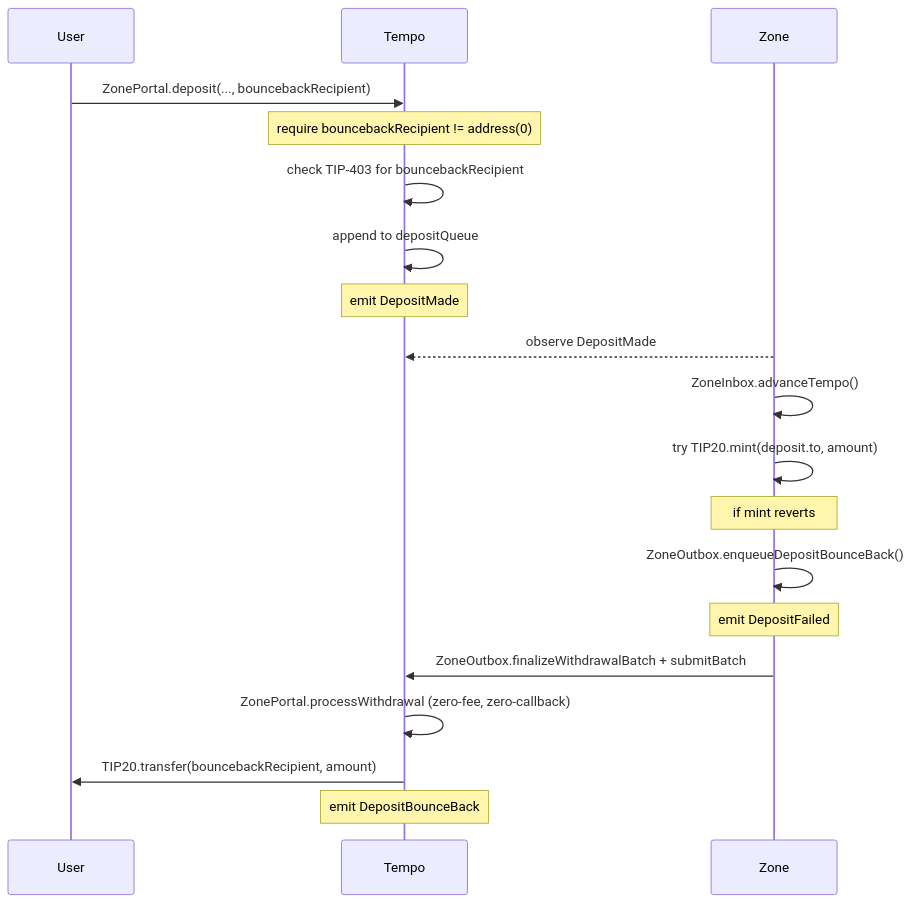
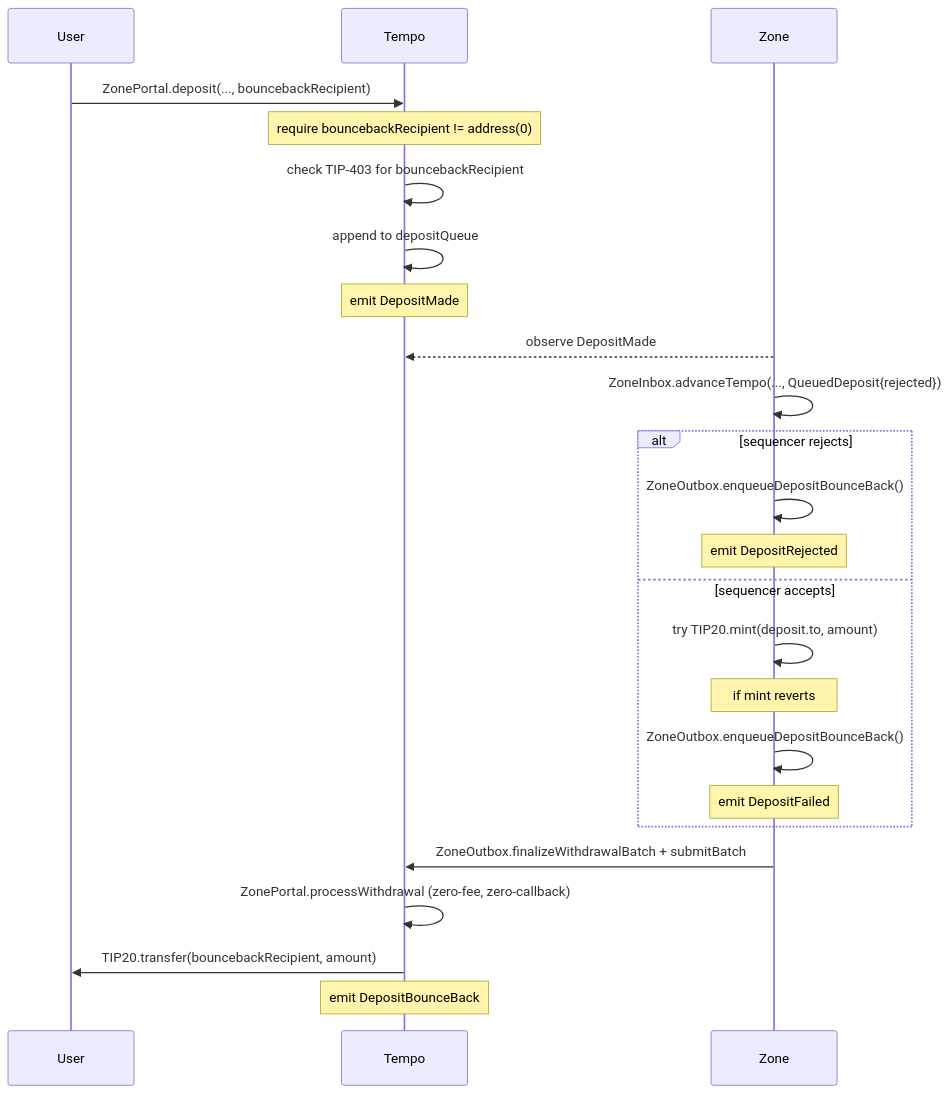
One commit to tempoxyz/zones changed the fourth of 5 diagrams in specs/spec.md. Above: the diagram before and after it, drawn with Mermaid. The commit also changed other lines of this file, not shown here.

First line of the commit message:
spec: add sequencer-side deposit rejection

````diff
--- a/specs/spec.md
+++ b/specs/spec.md
@@ -440,22 +455,27 @@
 ```mermaid
 sequenceDiagram
     participant U as User
     participant T as Tempo
     participant Z as Zone
 
     U->>T: ZonePortal.deposit(..., bouncebackRecipient)
     Note over T: require bouncebackRecipient != address(0)
     T->>T: check TIP-403 for bouncebackRecipient
     T->>T: append to depositQueue
     Note over T: emit DepositMade
     Z-->>T: observe DepositMade
-    Z->>Z: ZoneInbox.advanceTempo()
-    Z->>Z: try TIP20.mint(deposit.to, amount)
-    Note over Z: if mint reverts
-    Z->>Z: ZoneOutbox.enqueueDepositBounceBack()
-    Note over Z: emit DepositFailed
+    Z->>Z: ZoneInbox.advanceTempo(..., QueuedDeposit{rejected})
+    alt sequencer rejects
+        Z->>Z: ZoneOutbox.enqueueDepositBounceBack()
+        Note over Z: emit DepositRejected
+    else sequencer accepts
+        Z->>Z: try TIP20.mint(deposit.to, amount)
+        Note over Z: if mint reverts
+        Z->>Z: ZoneOutbox.enqueueDepositBounceBack()
+        Note over Z: emit DepositFailed
+    end
     Z->>T: ZoneOutbox.finalizeWithdrawalBatch + submitBatch
     T->>T: ZonePortal.processWithdrawal (zero-fee, zero-callback)
     T->>U: TIP20.transfer(bouncebackRecipient, amount)
     Note over T: emit DepositBounceBack
 ```
````
